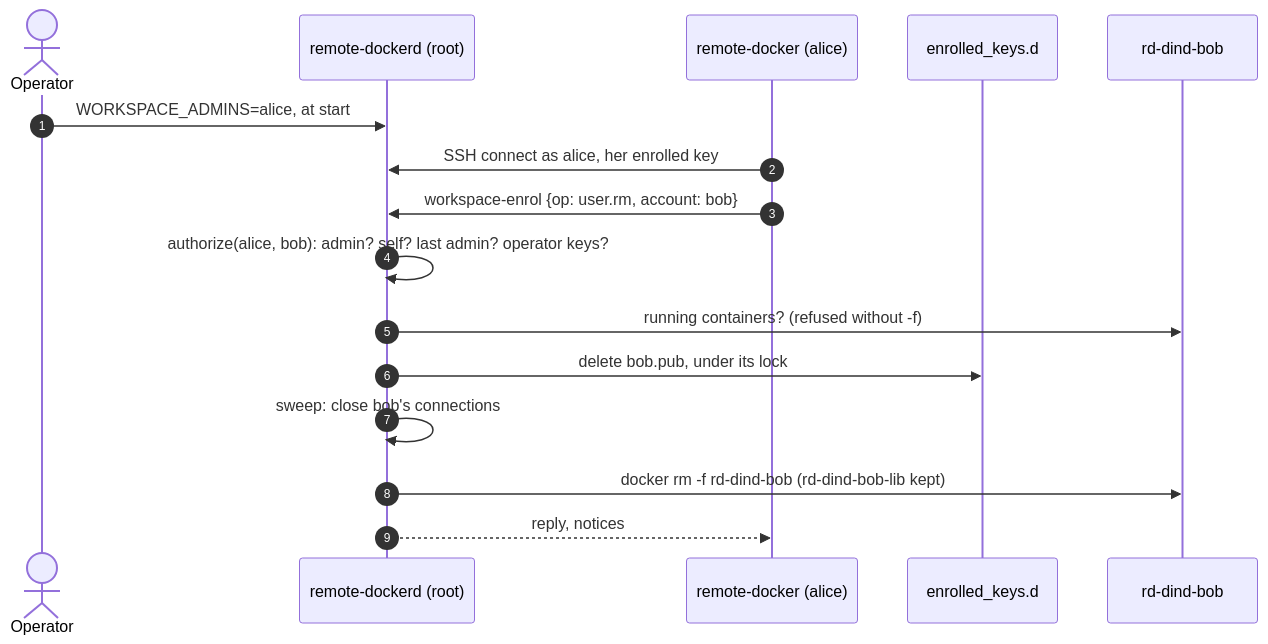
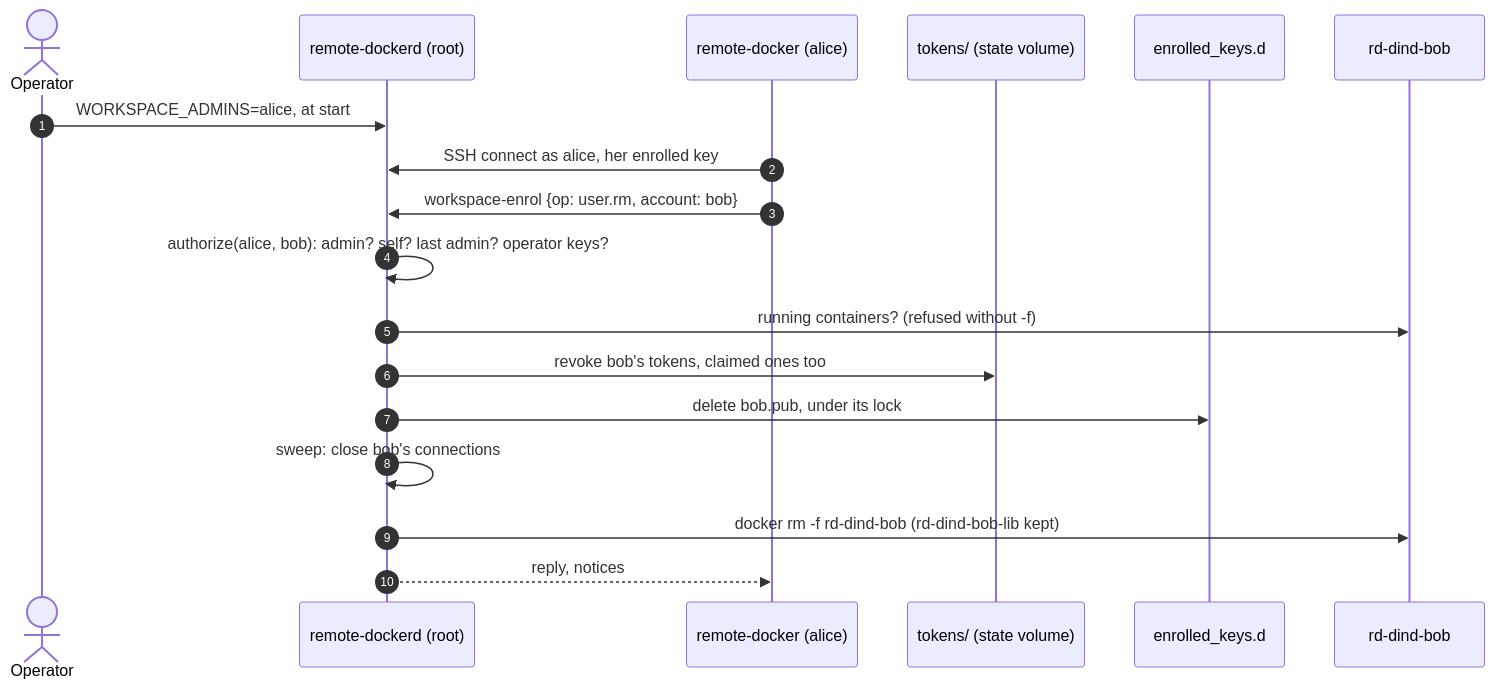
The fourth of 13 diagrams in docs/threat-model.md (lhns/remote-docker), drawn with Mermaid before and after one commit. The commit also changed other lines of this file and 24 other files, not shown here.

````diff
--- a/docs/threat-model.md
+++ b/docs/threat-model.md
@@ -268,19 +268,21 @@
 ```mermaid
 sequenceDiagram
     autonumber
     actor Op as Operator
     participant Agent as remote-dockerd (root)
     participant Client as remote-docker (alice)
+    participant Tokens as tokens/ (state volume)
     participant Keys as enrolled_keys.d
     participant D as rd-dind-bob
 
     Op->>Agent: WORKSPACE_ADMINS=alice, at start
     Client->>Agent: SSH connect as alice, her enrolled key
     Client->>Agent: workspace-enrol {op: user.rm, account: bob}
     Agent->>Agent: authorize(alice, bob): admin? self? last admin? operator keys?
     Agent->>D: running containers? (refused without -f)
+    Agent->>Tokens: revoke bob's tokens, claimed ones too
     Agent->>Keys: delete bob.pub, under its lock
     Agent->>Agent: sweep: close bob's connections
     Agent->>D: docker rm -f rd-dind-bob (rd-dind-bob-lib kept)
     Agent-->>Client: reply, notices
 ```
````
